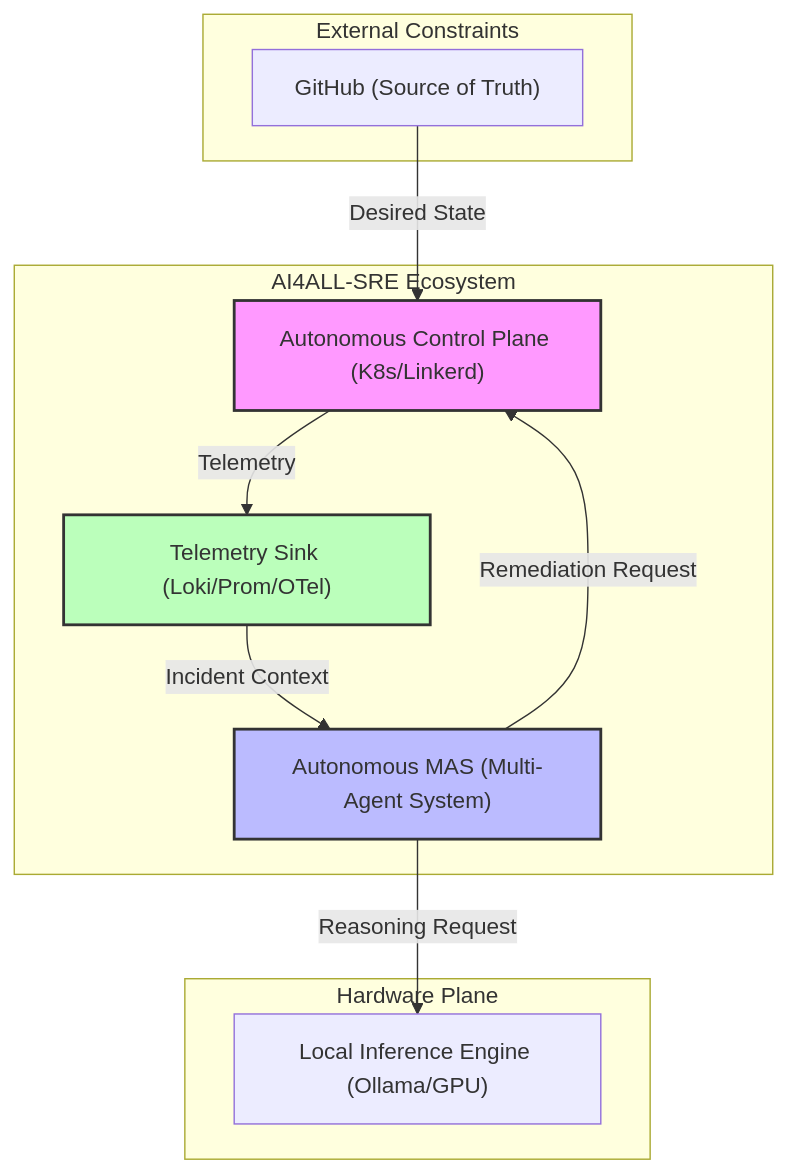
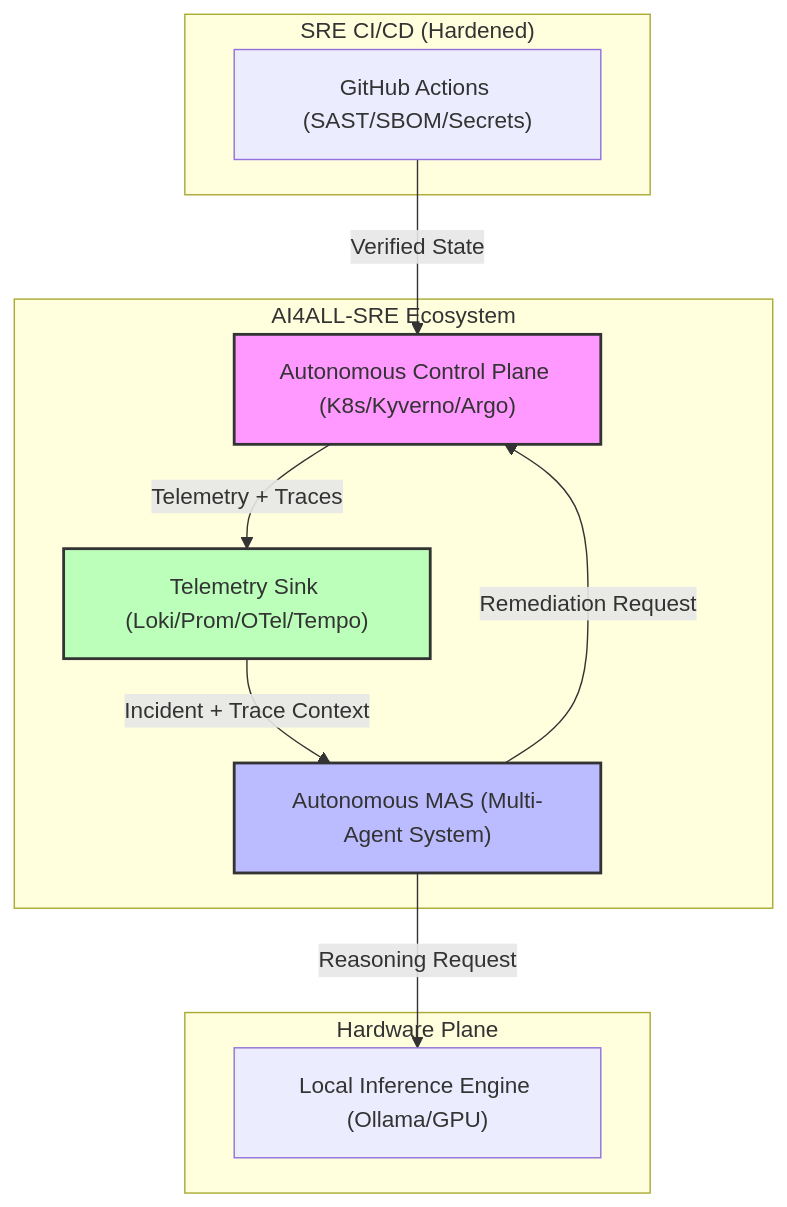
Before and after one commit to fbscotta369/ai4all-sre: the first of 4 diagrams in docs/reference/system-architecture.md, drawn with Mermaid. The commit also changed other lines of this file and 20 other files, not shown here.

First line of the commit message:
feat: implement Tier-1 Industrial Control Plane

````diff
--- a/docs/reference/system-architecture.md
+++ b/docs/reference/system-architecture.md
@@ -20,25 +20,25 @@
 ```mermaid
 graph TD
-    subgraph "External Constraints"
-        GH["GitHub (Source of Truth)"]
+    subgraph "SRE CI/CD (Hardened)"
+        GA["GitHub Actions (SAST/SBOM/Secrets)"]
     end
 
     subgraph "AI4ALL-SRE Ecosystem"
-        CP["Autonomous Control Plane (K8s/Linkerd)"]
+        CP["Autonomous Control Plane (K8s/Kyverno/Argo)"]
         Agent["Autonomous MAS (Multi-Agent System)"]
-        Sink["Telemetry Sink (Loki/Prom/OTel)"]
+        Sink["Telemetry Sink (Loki/Prom/OTel/Tempo)"]
     end
 
     subgraph "Hardware Plane"
         Inference["Local Inference Engine (Ollama/GPU)"]
     end
 
-    GH -->|Desired State| CP
-    CP -->|Telemetry| Sink
-    Sink -->|Incident Context| Agent
+    GA -->|Verified State| CP
+    CP -->|Telemetry + Traces| Sink
+    Sink -->|Incident + Trace Context| Agent
     Agent -->|Remediation Request| CP
     Agent -->|Reasoning Request| Inference
     style CP fill:#f9f,stroke:#333,stroke-width:2px
     style Agent fill:#bbf,stroke:#333,stroke-width:2px
     style Sink fill:#bfb,stroke:#333,stroke-width:2px
 ```
````
